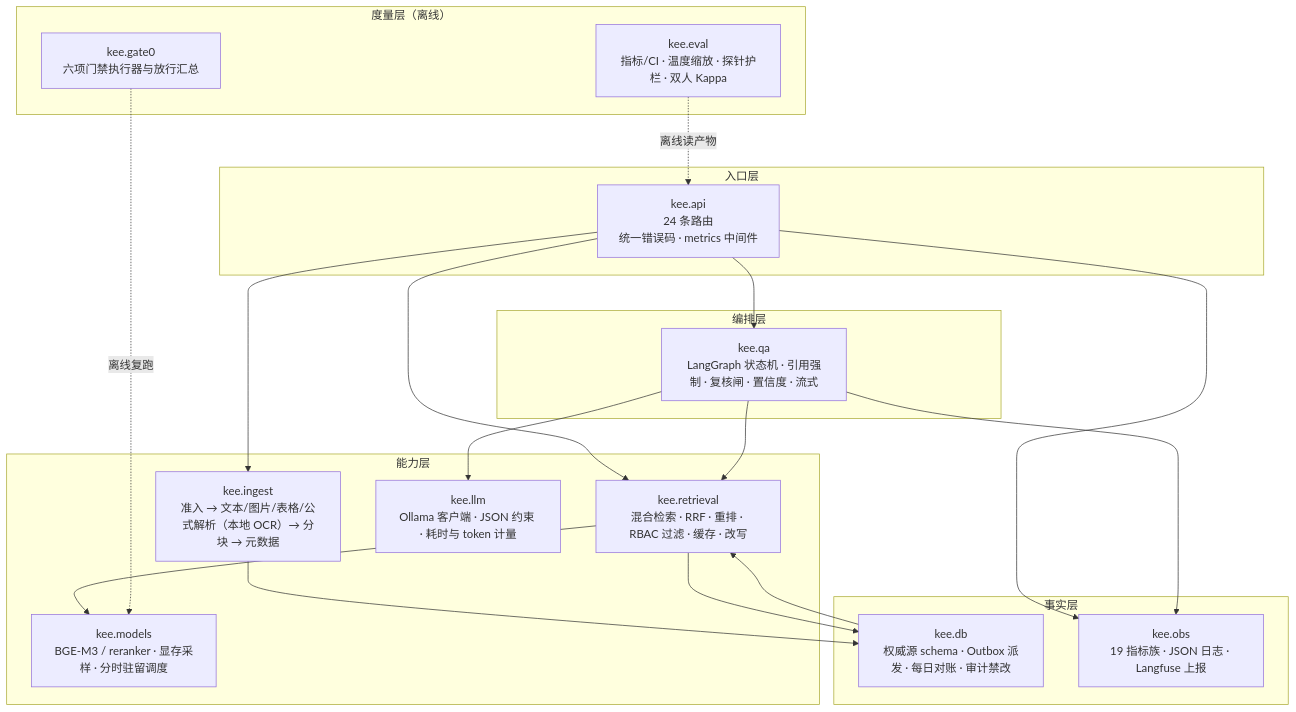
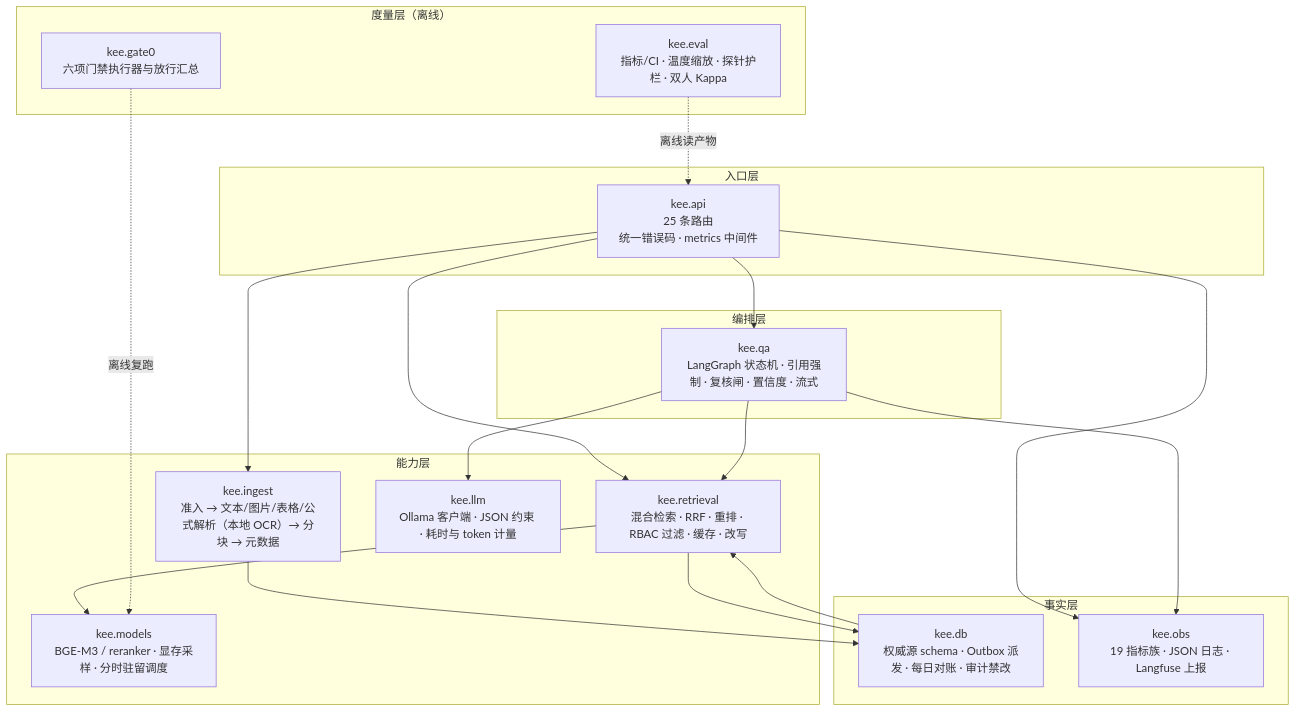
One commit to young0617-02/know-effect-engine changed the second of 5 diagrams in Material/架构图文档.md. Above: the diagram before and after it, drawn with Mermaid. The commit also changed other lines of this file and 27 other files, not shown here.

````diff
--- a/Material/架构图文档.md
+++ b/Material/架构图文档.md
@@ -94,37 +94,37 @@
 ```mermaid
 flowchart TB
   subgraph L1["入口层"]
-    APIPY["kee.api<br/>24 条路由<br/>统一错误码 · metrics 中间件"]
+    APIPY["kee.api<br/>25 条路由<br/>统一错误码 · metrics 中间件"]
   end
   subgraph L2["编排层"]
     QAPY["kee.qa<br/>LangGraph 状态机 · 引用强制 · 复核闸 · 置信度 · 流式"]
   end
   subgraph L3["能力层"]
     RET["kee.retrieval<br/>混合检索 · RRF · 重排 · RBAC 过滤 · 缓存 · 改写"]
     ING["kee.ingest<br/>准入 → 文本/图片/表格/公式解析（本地 OCR）→ 分块 → 元数据"]
     LLM["kee.llm<br/>Ollama 客户端 · JSON 约束 · 耗时与 token 计量"]
     MOD["kee.models<br/>BGE-M3 / reranker · 显存采样 · 分时驻留调度"]
   end
   subgraph L4["事实层"]
     DB["kee.db<br/>权威源 schema · Outbox 派发 · 每日对账 · 审计禁改"]
     OBS["kee.obs<br/>19 指标族 · JSON 日志 · Langfuse 上报"]
   end
   subgraph L5["度量层（离线）"]
     EVAL["kee.eval<br/>指标/CI · 温度缩放 · 探针护栏 · 双人 Kappa"]
     G0["kee.gate0<br/>六项门禁执行器与放行汇总"]
   end
 
   APIPY --> QAPY
   APIPY --> ING
   APIPY --> RET
   QAPY --> RET
   QAPY --> LLM
   RET --> MOD
   ING --> DB
   DB --> RET
   RET --> DB
   APIPY --> OBS
   QAPY --> OBS
   EVAL -.离线读产物.-> APIPY
   G0 -.离线复跑.-> MOD
 ```
````
